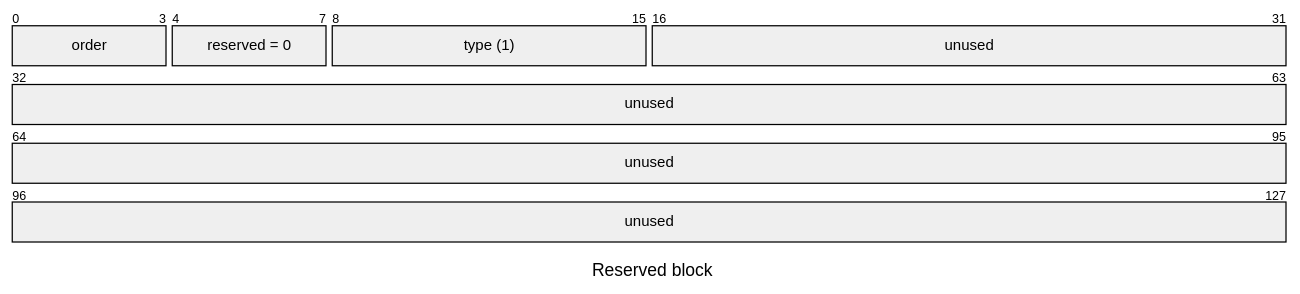
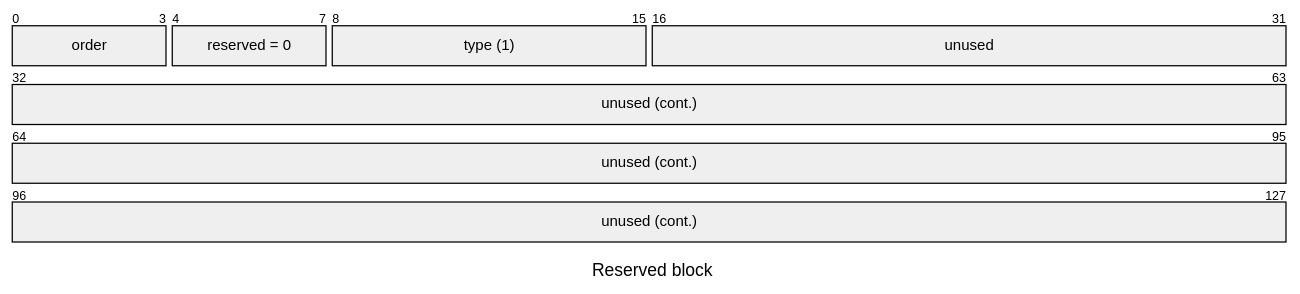
Before and after one commit to misttech/mist-os: the third of 12 diagrams in docs/reference/platform-spec/diagnostics/inspect-vmo-format.md, drawn with Mermaid (neutral theme). The commit also changed other lines of this file, not shown here.

````diff
--- a/docs/reference/platform-spec/diagnostics/inspect-vmo-format.md
+++ b/docs/reference/platform-spec/diagnostics/inspect-vmo-format.md
@@ -220,10 +221,11 @@
 ```mermaid
 ---
 title: "Reserved block"
 ---
 packet-beta
 0-3: "order"
 4-7: "reserved = 0"
 8-15: "type (1)"
-16-127: "unused"
+16-31: "unused"
+32-127: "unused (cont.)"
 ```
````
